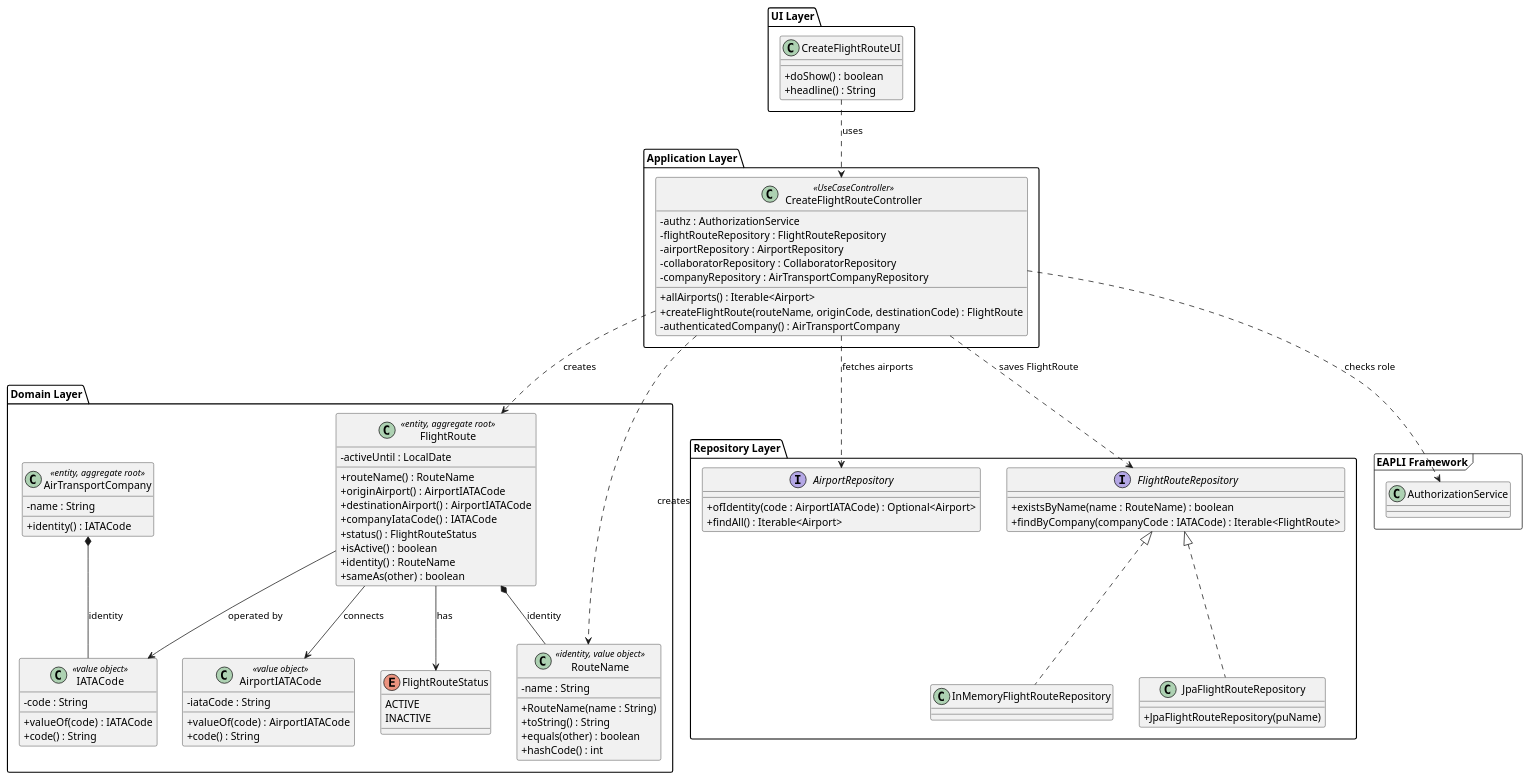
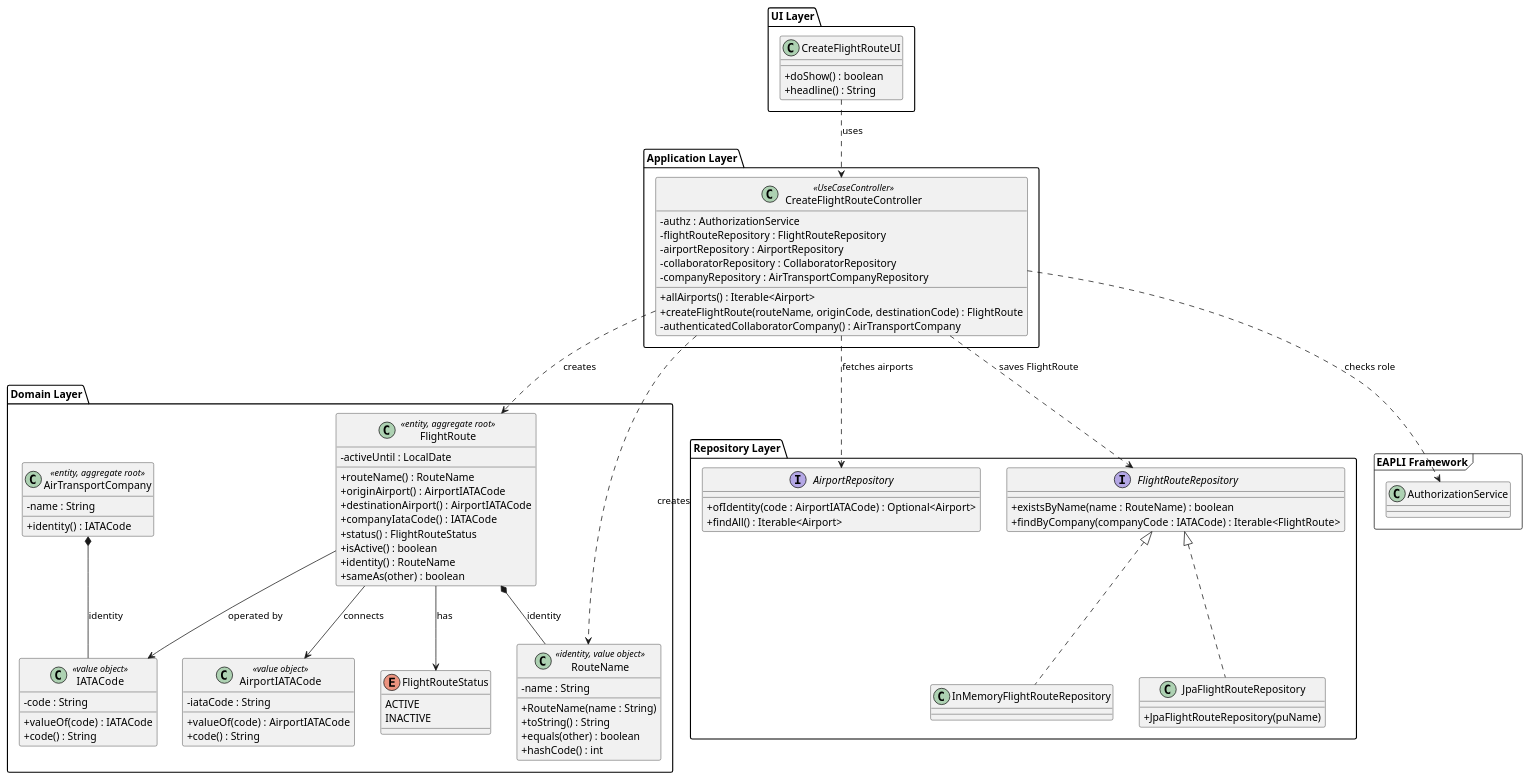
The diagram in aisafe.base/docs/user-stories/us073/puml/US073-class-diagram.puml (brunodspinto/aisafe), drawn with PlantUML before and after one commit. The commit also changed 6 other files, not shown here.

Commit message:
US073 - update class diagram, sequence diagram, and README; add integration tests for flight route creation, #51

```diff
--- a/aisafe.base/docs/user-stories/us073/puml/US073-class-diagram.puml
+++ b/aisafe.base/docs/user-stories/us073/puml/US073-class-diagram.puml
@@ -1,109 +1,109 @@
 @startuml class-diagram-us073
 skinparam shadowing false
 skinparam classAttributeIconSize 0
 
 package "UI Layer" {
     class CreateFlightRouteUI {
         +doShow() : boolean
         +headline() : String
     }
 }
 
 package "Application Layer" {
     class CreateFlightRouteController <<UseCaseController>> {
         -authz : AuthorizationService
         -flightRouteRepository : FlightRouteRepository
         -airportRepository : AirportRepository
         -collaboratorRepository : CollaboratorRepository
         -companyRepository : AirTransportCompanyRepository
         +allAirports() : Iterable<Airport>
         +createFlightRoute(routeName, originCode, destinationCode) : FlightRoute
-        -authenticatedCompany() : AirTransportCompany
+        -authenticatedCollaboratorCompany() : AirTransportCompany
     }
 }
 
 package "Domain Layer" {
     class FlightRoute <<entity, aggregate root>> {
         -activeUntil : LocalDate
         +routeName() : RouteName
         +originAirport() : AirportIATACode
         +destinationAirport() : AirportIATACode
         +companyIataCode() : IATACode
         +status() : FlightRouteStatus
         +isActive() : boolean
         +identity() : RouteName
         +sameAs(other) : boolean
     }
 
     class RouteName <<identity, value object>> {
         -name : String
         +RouteName(name : String)
         +toString() : String
         +equals(other) : boolean
         +hashCode() : int
     }
 
     enum FlightRouteStatus {
         ACTIVE
         INACTIVE
     }
 
     class AirportIATACode <<value object>> {
         -iataCode : String
         +valueOf(code) : AirportIATACode
         +code() : String
     }
 
     class IATACode <<value object>> {
         -code : String
         +valueOf(code) : IATACode
         +code() : String
     }
 
     class AirTransportCompany <<entity, aggregate root>> {
         -name : String
         +identity() : IATACode
     }
 }
 
 package "Repository Layer" {
     interface FlightRouteRepository {
         +existsByName(name : RouteName) : boolean
         +findByCompany(companyCode : IATACode) : Iterable<FlightRoute>
     }
 
     interface AirportRepository {
         +ofIdentity(code : AirportIATACode) : Optional<Airport>
         +findAll() : Iterable<Airport>
     }
 
     class InMemoryFlightRouteRepository {
     }
 
     class JpaFlightRouteRepository {
         +JpaFlightRouteRepository(puName)
     }
 }
 
 package "EAPLI Framework" <<frame>> {
     class AuthorizationService
 }
 
 CreateFlightRouteUI ..> CreateFlightRouteController : uses
 CreateFlightRouteController ..> AuthorizationService : checks role
 CreateFlightRouteController ..> FlightRouteRepository : saves FlightRoute
 CreateFlightRouteController ..> AirportRepository : fetches airports
 CreateFlightRouteController ..> FlightRoute : creates
 CreateFlightRouteController ..> RouteName : creates
 
 FlightRoute *-- RouteName : identity
 FlightRoute --> FlightRouteStatus : has
 FlightRoute --> AirportIATACode : connects
 FlightRoute --> IATACode : operated by
 
 AirTransportCompany *-- IATACode : identity
 
 FlightRouteRepository <|.. InMemoryFlightRouteRepository
 FlightRouteRepository <|.. JpaFlightRouteRepository
 
 @enduml
```
